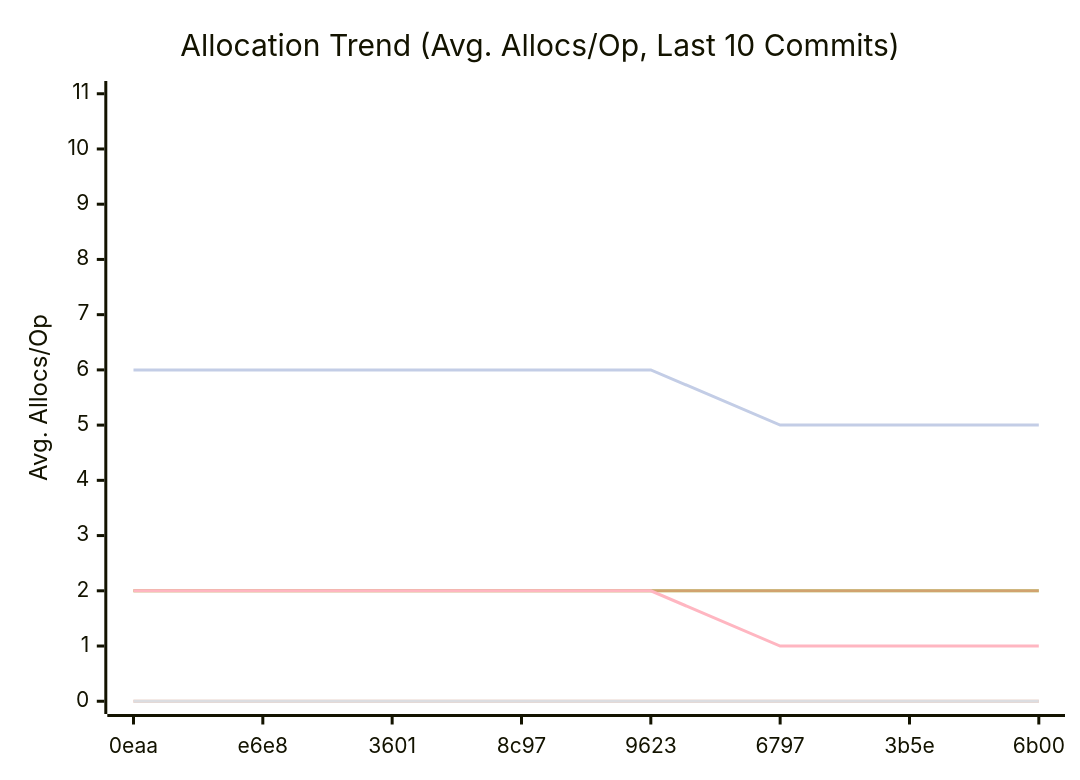
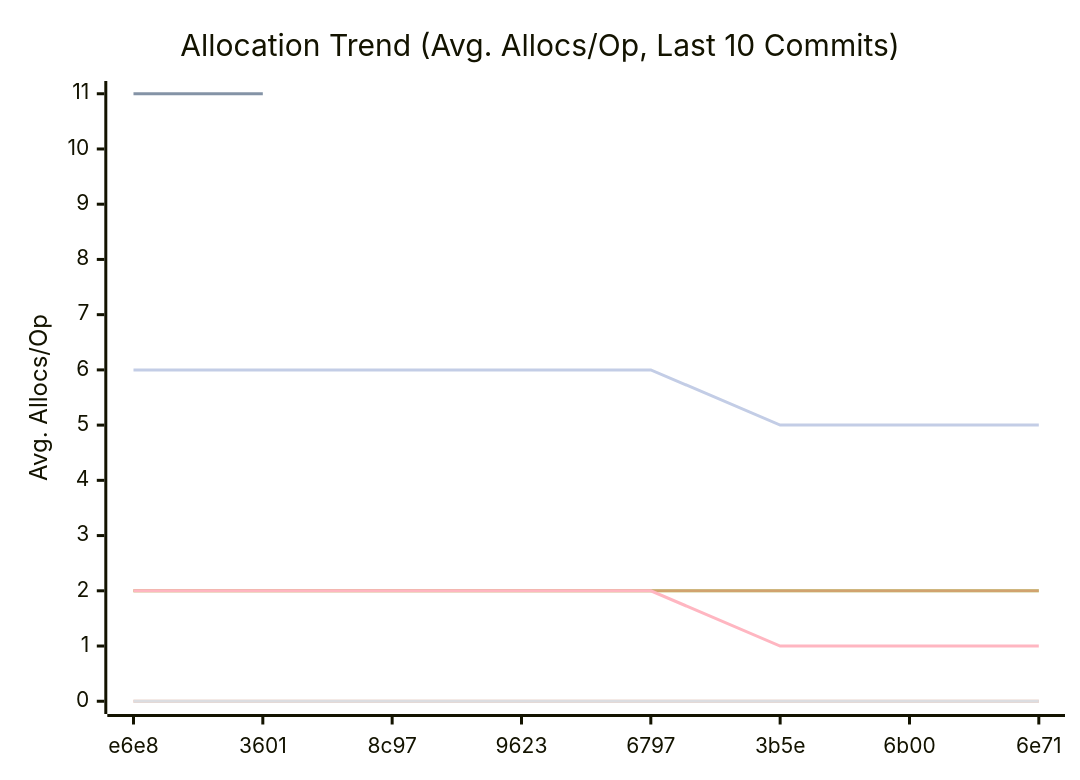
The third of 3 diagrams in docs/README.md (alsotoes/momo), drawn with Mermaid before and after one commit. The commit also changed other lines of this file and 1 other file, not shown here.

````diff
--- a/docs/README.md
+++ b/docs/README.md
@@ -339,15 +339,15 @@
 ```mermaid
 xychart-beta
     title "Allocation Trend (Avg. Allocs/Op, Last 10 Commits)"
     x-axis "Commit"
     y-axis "Avg. Allocs/Op"
-    x-axis [0eaa,e6e8,3601,8c97,9623,6797,3b5e,6b00]
+    x-axis [e6e8,3601,8c97,9623,6797,3b5e,6b00,6e71]
     line "CheckMetricsAndSwap" [0,0,0,0,0,0,0,0,0,0]
-    line "HashFile" [11]
+    line "HashFile" [11,11]
     line "IndexDirectTracking" [0,0,0,0,0,0,0,0,0,0]
     line "IndexSearch" [0,0,0,0,0,0,0,0,0,0]
     line "LoadGlobalConfig" [2,2,2,2,2,2,2,2,2,2]
     line "PadString" [2,2,2,2,2,2,2,2,2,2]
     line "ParseReplicationOrder_NoPrealloc" [6,6,6,6,6,5,5,5,5,5]
     line "ParseReplicationOrder_Prealloc" [2,2,2,2,2,1,1,1,1,1]
 ```
````
